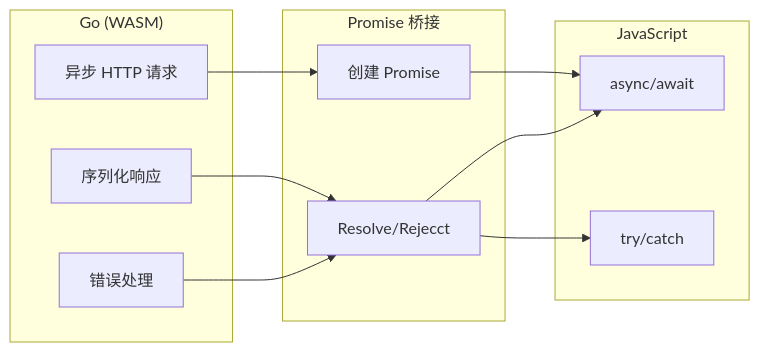
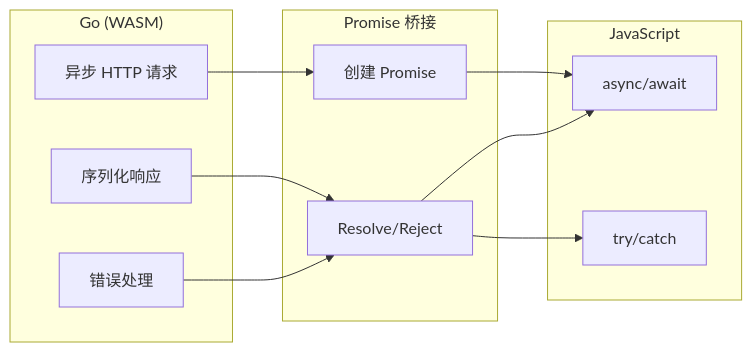
One commit to fred29910/go_wasm_lib2 changed the second of 2 diagrams in docs/runtime-api.md. Above: the diagram before and after it, drawn with Mermaid. The commit also changed other lines of this file and 6 other files, not shown here.

````diff
--- a/docs/runtime-api.md
+++ b/docs/runtime-api.md
@@ -293,25 +333,25 @@
 ```mermaid
 flowchart LR
     subgraph Go["Go (WASM)"]
         G1[异步 HTTP 请求]
         G2[序列化响应]
         G3[错误处理]
     end
 
     subgraph Bridge["Promise 桥接"]
         P1[创建 Promise]
-        P2[Resolve/Rejecct]
+        P2[Resolve/Reject]
     end
 
     subgraph JS["JavaScript"]
         J1[async/await]
         J2[try/catch]
     end
 
     G1 --> P1
     G2 --> P2
     G3 --> P2
     P1 --> J1
     P2 --> J1
     P2 --> J2
 ```
````
